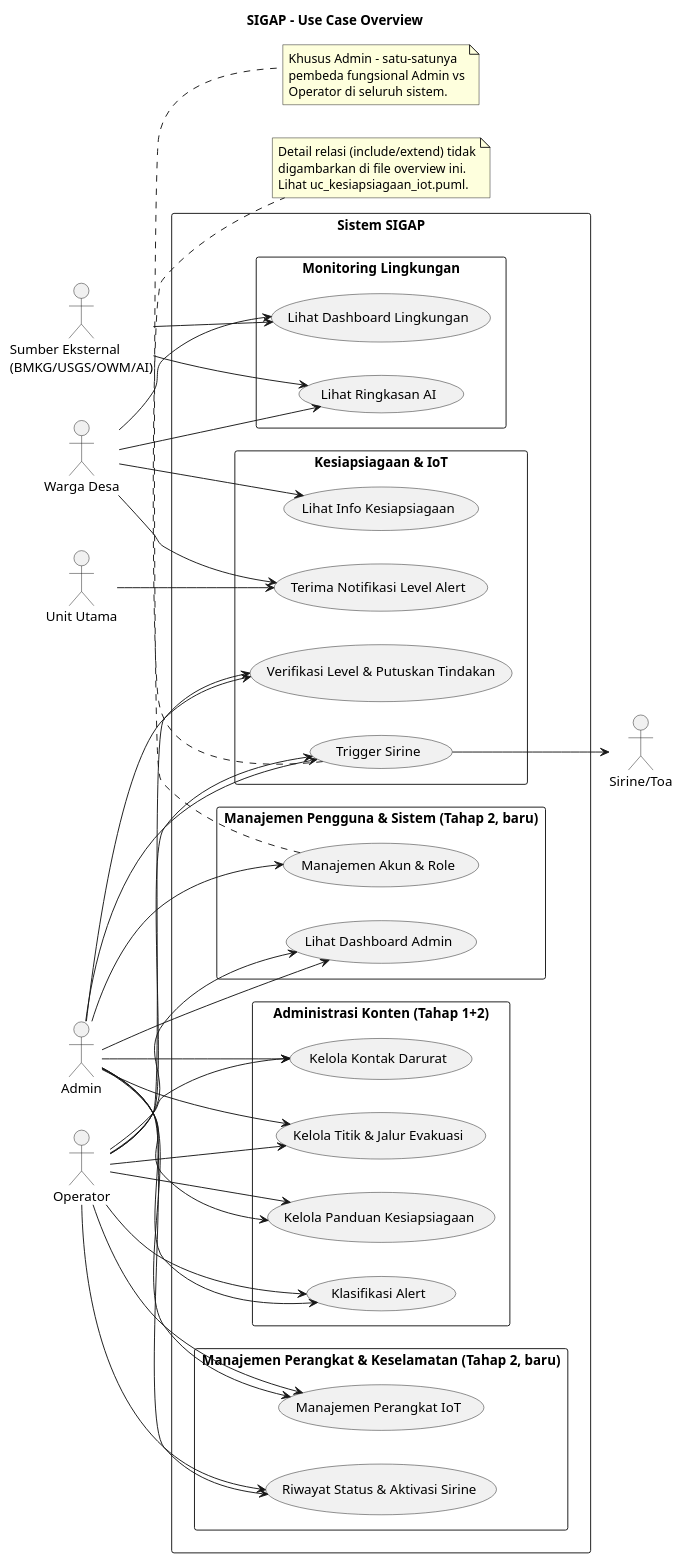
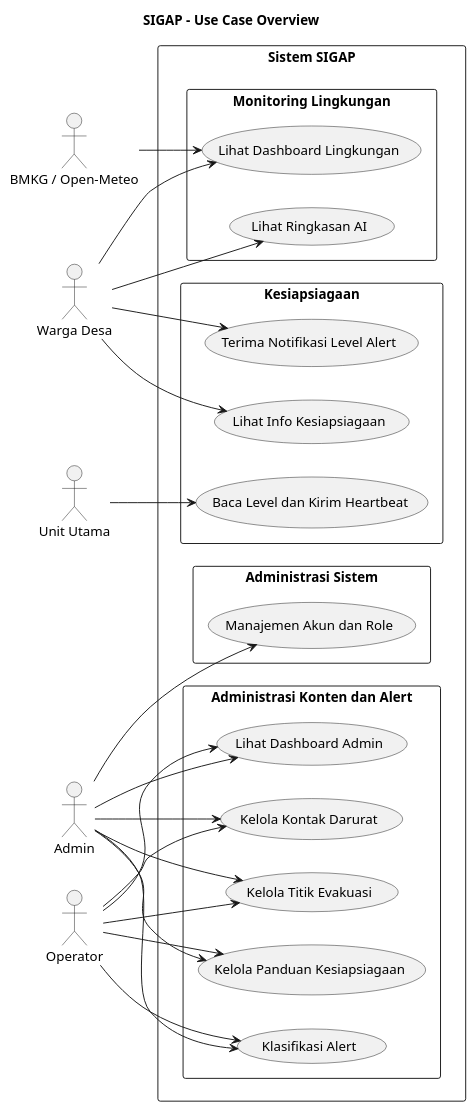
One commit to Vextronode/sigap_app changed the diagram in docs/business/usecase/uc_overview.puml. Above: the diagram before and after it, drawn with PlantUML. The commit also changed 97 other files, not shown here.

```diff
--- a/docs/business/usecase/uc_overview.puml
+++ b/docs/business/usecase/uc_overview.puml
@@ -1,87 +1,58 @@
 @startuml uc_overview
 left to right direction
 skinparam packageStyle rectangle
 title SIGAP - Use Case Overview
 
 actor "Warga Desa" as Warga
 actor "Admin" as Admin
 actor "Operator" as Operator
-actor "Sumber Eksternal\n(BMKG/USGS/OWM/AI)" as Ext
+actor "BMKG / Open-Meteo" as Ext
 actor "Unit Utama" as UU
-actor "Sirine/Toa" as Si
 
 rectangle "Sistem SIGAP" {
   package "Monitoring Lingkungan" {
     usecase "Lihat Dashboard Lingkungan" as UC1
     usecase "Lihat Ringkasan AI" as UC2
   }
 
-  package "Kesiapsiagaan & IoT" {
+  package "Kesiapsiagaan" {
     usecase "Lihat Info Kesiapsiagaan" as UC3
     usecase "Terima Notifikasi Level Alert" as UC4
-    usecase "Verifikasi Level & Putuskan Tindakan" as UC8
-    usecase "Trigger Sirine" as UC9
+    usecase "Baca Level dan Kirim Heartbeat" as UC5
   }
 
-  package "Administrasi Konten (Tahap 1+2)" {
+  package "Administrasi Konten dan Alert" {
     usecase "Kelola Kontak Darurat" as UC6
-    usecase "Kelola Titik & Jalur Evakuasi" as UC7
-    usecase "Kelola Panduan Kesiapsiagaan" as UC7b
-    usecase "Klasifikasi Alert" as UC8b
+    usecase "Kelola Titik Evakuasi" as UC7
+    usecase "Kelola Panduan Kesiapsiagaan" as UC8
+    usecase "Klasifikasi Alert" as UC9
+    usecase "Lihat Dashboard Admin" as UC10
   }
 
-  package "Manajemen Perangkat & Keselamatan (Tahap 2, baru)" {
-    usecase "Manajemen Perangkat IoT" as UC12
-    usecase "Riwayat Status & Aktivasi Sirine" as UC13
-  }
-
-  package "Manajemen Pengguna & Sistem (Tahap 2, baru)" {
-    usecase "Manajemen Akun & Role" as UC15
-    usecase "Lihat Dashboard Admin" as UC16
+  package "Administrasi Sistem" {
+    usecase "Manajemen Akun dan Role" as UC11
   }
 }
 
 Warga --> UC1
 Warga --> UC2
 Warga --> UC3
 Warga --> UC4
 
 Admin --> UC6
 Admin --> UC7
-Admin --> UC7b
-Admin --> UC8b
 Admin --> UC8
 Admin --> UC9
-Admin --> UC12
-Admin --> UC13
-Admin --> UC15
-Admin --> UC16
+Admin --> UC10
+Admin --> UC11
 
 Operator --> UC6
 Operator --> UC7
-Operator --> UC7b
-Operator --> UC8b
 Operator --> UC8
 Operator --> UC9
-Operator --> UC12
-Operator --> UC13
-Operator --> UC16
+Operator --> UC10
 
 Ext --> UC1
-Ext --> UC2
-UU --> UC4
-UC9 --> Si
-
-note bottom of UC9
-  Detail relasi (include/extend) tidak
-  digambarkan di file overview ini.
-  Lihat uc_kesiapsiagaan_iot.puml.
-end note
-
-note bottom of UC15
-  Khusus Admin - satu-satunya
-  pembeda fungsional Admin vs
-  Operator di seluruh sistem.
-end note
+UU --> UC5
 
 @enduml
```
